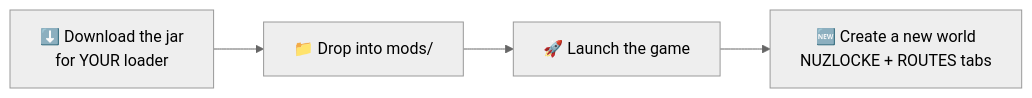
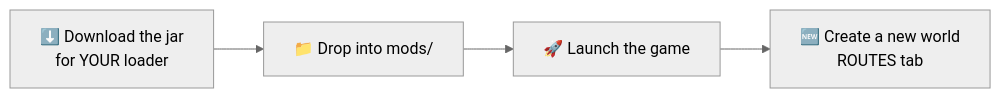
The diagram in docs/routes/getting-started.md (manucruzleiva/mod-wiki), drawn with Mermaid (neutral theme) before and after one commit. The commit also changed other lines of this file and 2 other files, not shown here.

First line of the commit message:
docs(routes): la wiki deja de documentar items y de pedir Cobblemon

````diff
--- a/docs/routes/getting-started.md
+++ b/docs/routes/getting-started.md
@@ -6,6 +5,6 @@
 ```mermaid
 flowchart LR
     A[⬇️ Download the jar<br/>for YOUR loader] --> B[📁 Drop into mods/]
     B --> C[🚀 Launch the game]
-    C --> D[🆕 Create a new world<br/>NUZLOCKE + ROUTES tabs]
+    C --> D[🆕 Create a new world<br/>ROUTES tab]
 ```
````
